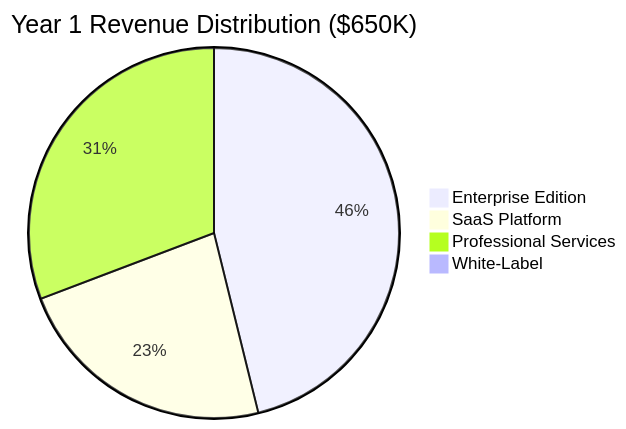
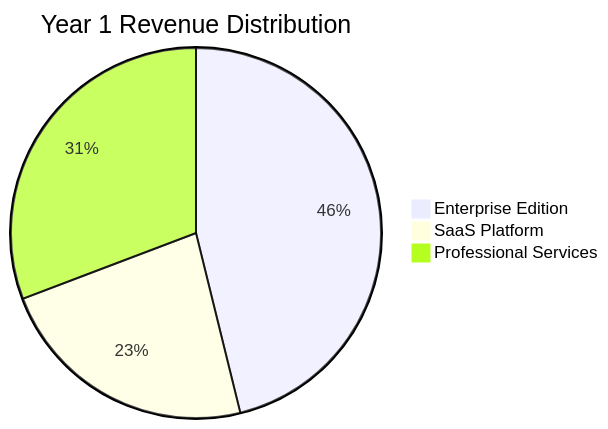
Before and after one commit to abdoElHodaky/tradSys: the second of 52 diagrams in diagrams.md, drawn with Mermaid. The commit also changed other lines of this file, not shown here.

````diff
--- a/diagrams.md
+++ b/diagrams.md
@@ -410,7 +91,6 @@
 ```mermaid
-pie title Year 1 Revenue Distribution ($650K)
+pie title Year 1 Revenue Distribution
     "Enterprise Edition" : 300
     "SaaS Platform" : 150
     "Professional Services" : 200
-    "White-Label" : 0
 ```
````
